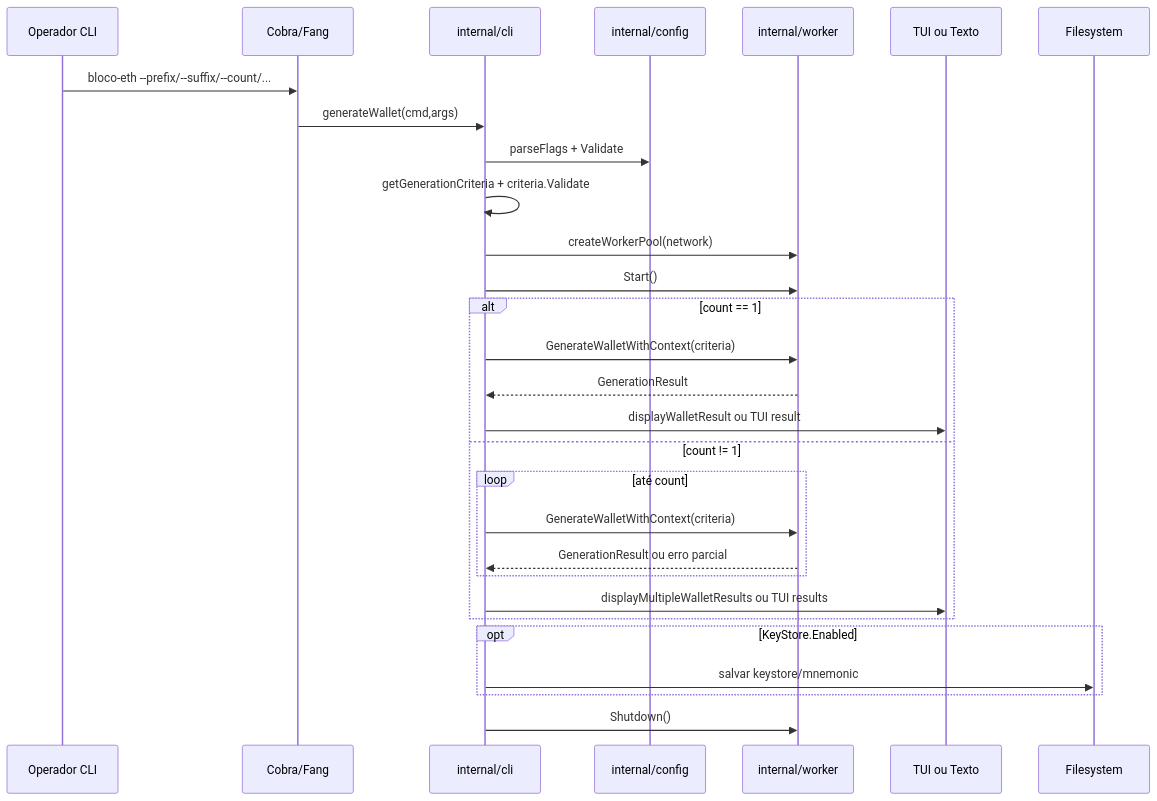
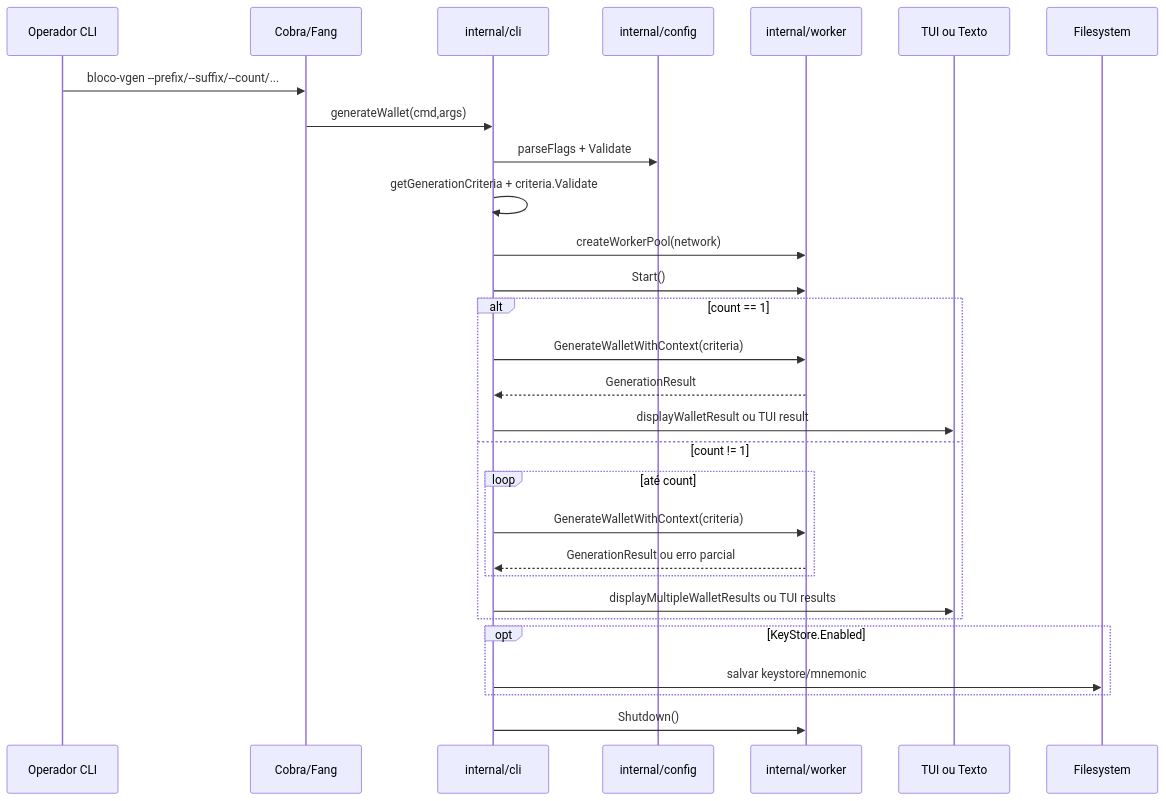
Before and after one commit to italoag/bloco-vanity-generator: the first of 3 diagrams in _reversa_sdd/internal/cli/gerar-carteiras-vanity/design.md, drawn with Mermaid. The commit also changed other lines of this file and 80 other files, not shown here.

Commit message:
Rename binary from bloco-eth to bloco-vgen across all workflows and documentation

````diff
--- a/_reversa_sdd/internal/cli/gerar-carteiras-vanity/design.md
+++ b/_reversa_sdd/internal/cli/gerar-carteiras-vanity/design.md
@@ -37,32 +37,32 @@
 ```mermaid
 sequenceDiagram
   participant U as Operador CLI
   participant Cobra as Cobra/Fang
   participant CLI as internal/cli
   participant CFG as internal/config
   participant W as internal/worker
   participant T as TUI ou Texto
   participant FS as Filesystem
 
-  U->>Cobra: bloco-eth --prefix/--suffix/--count/...
+  U->>Cobra: bloco-vgen --prefix/--suffix/--count/...
   Cobra->>CLI: generateWallet(cmd,args)
   CLI->>CFG: parseFlags + Validate
   CLI->>CLI: getGenerationCriteria + criteria.Validate
   CLI->>W: createWorkerPool(network)
   CLI->>W: Start()
   alt count == 1
     CLI->>W: GenerateWalletWithContext(criteria)
     W-->>CLI: GenerationResult
     CLI->>T: displayWalletResult ou TUI result
   else count != 1
     loop até count
       CLI->>W: GenerateWalletWithContext(criteria)
       W-->>CLI: GenerationResult ou erro parcial
     end
     CLI->>T: displayMultipleWalletResults ou TUI results
   end
   opt KeyStore.Enabled
     CLI->>FS: salvar keystore/mnemonic
   end
   CLI->>W: Shutdown()
 ```
````
